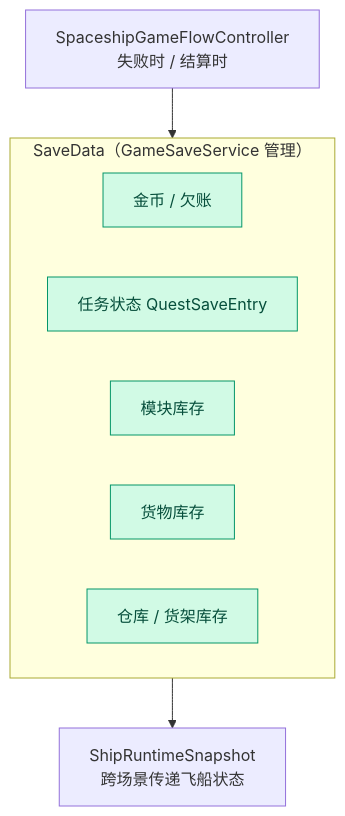
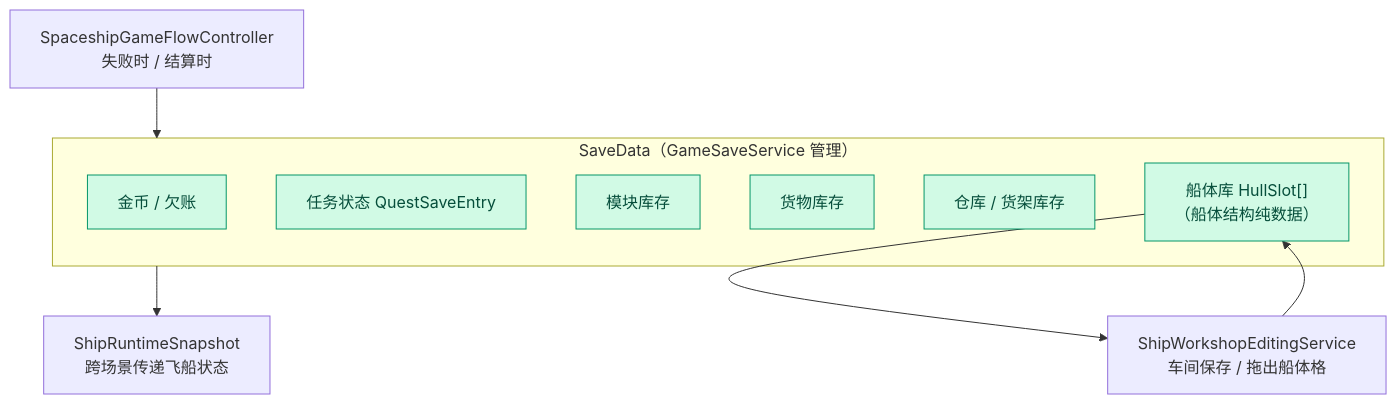
One commit to Estrella6066773/SpaceShip changed the seventh of 7 diagrams in 02-系统设计/SO-运行时数据流.md. Above: the diagram before and after it, drawn with Mermaid. The commit also changed other lines of this file and 4 other files, not shown here.

````diff
--- a/02-系统设计/SO-运行时数据流.md
+++ b/02-系统设计/SO-运行时数据流.md
@@ -267,19 +269,23 @@
 ```mermaid
 flowchart TB
     subgraph SAVE["SaveData（GameSaveService 管理）"]
         GOLD["金币 / 欠账"]
         QUEST["任务状态 QuestSaveEntry"]
         MODINV["模块库存"]
         CGOINV["货物库存"]
         WHINV["仓库 / 货架库存"]
+        HULL["船体库 HullSlot[]<br/>（船体结构纯数据）"]
     end
 
     FC["SpaceshipGameFlowController<br/>失败时 / 结算时"]
     SNAP["ShipRuntimeSnapshot<br/>跨场景传递飞船状态"]
+    WE["ShipWorkshopEditingService<br/>车间保存 / 拖出船体格"]
 
     FC --> SAVE
     SAVE --> SNAP
+    WE --> HULL
+    HULL --> WE
 
     classDef s fill:#d1fae5,stroke:#059669,color:#064e3b;
-    class GOLD,QUEST,MODINV,CGOINV,WHINV s;
+    class GOLD,QUEST,MODINV,CGOINV,WHINV,HULL s;
 ```
````
